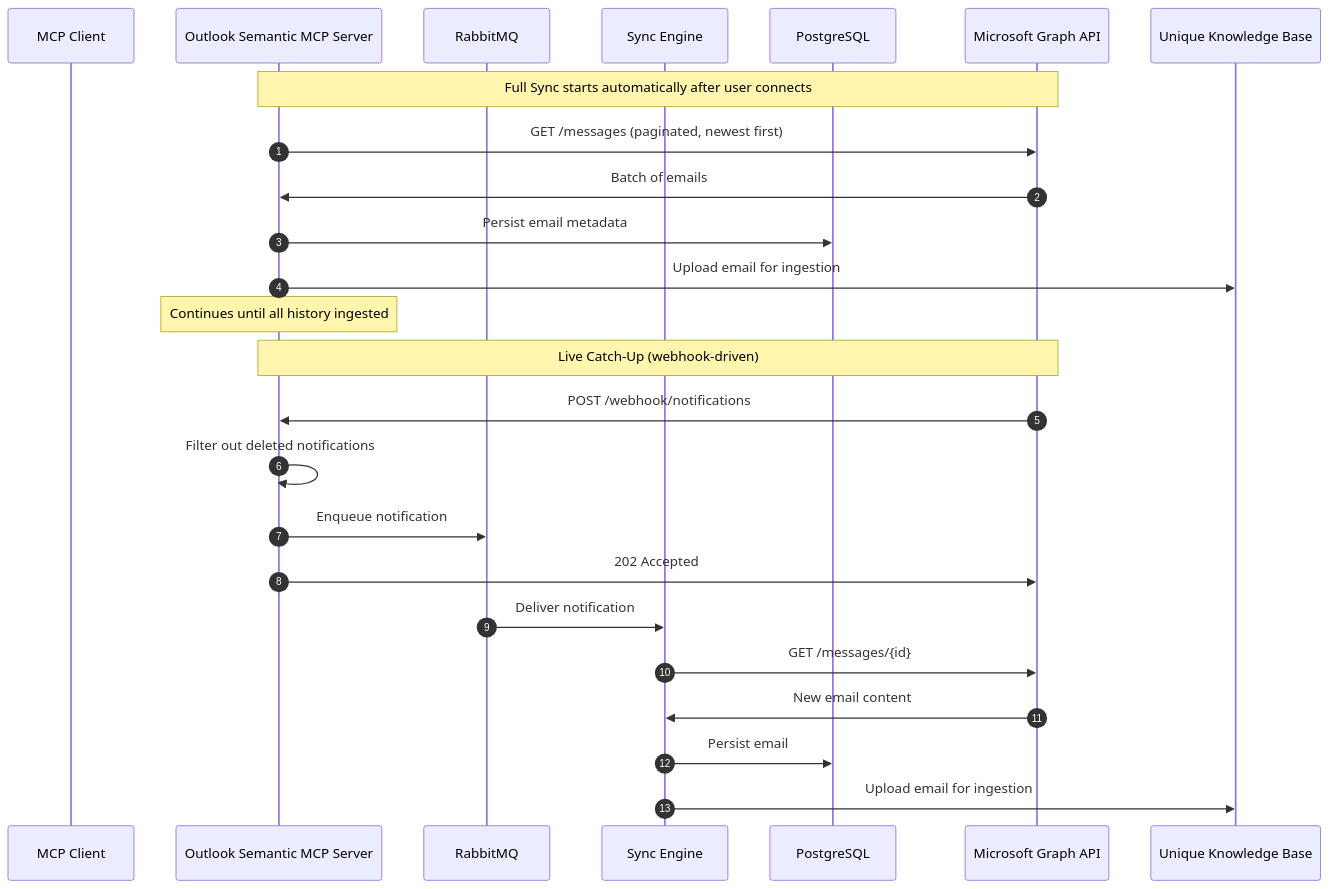
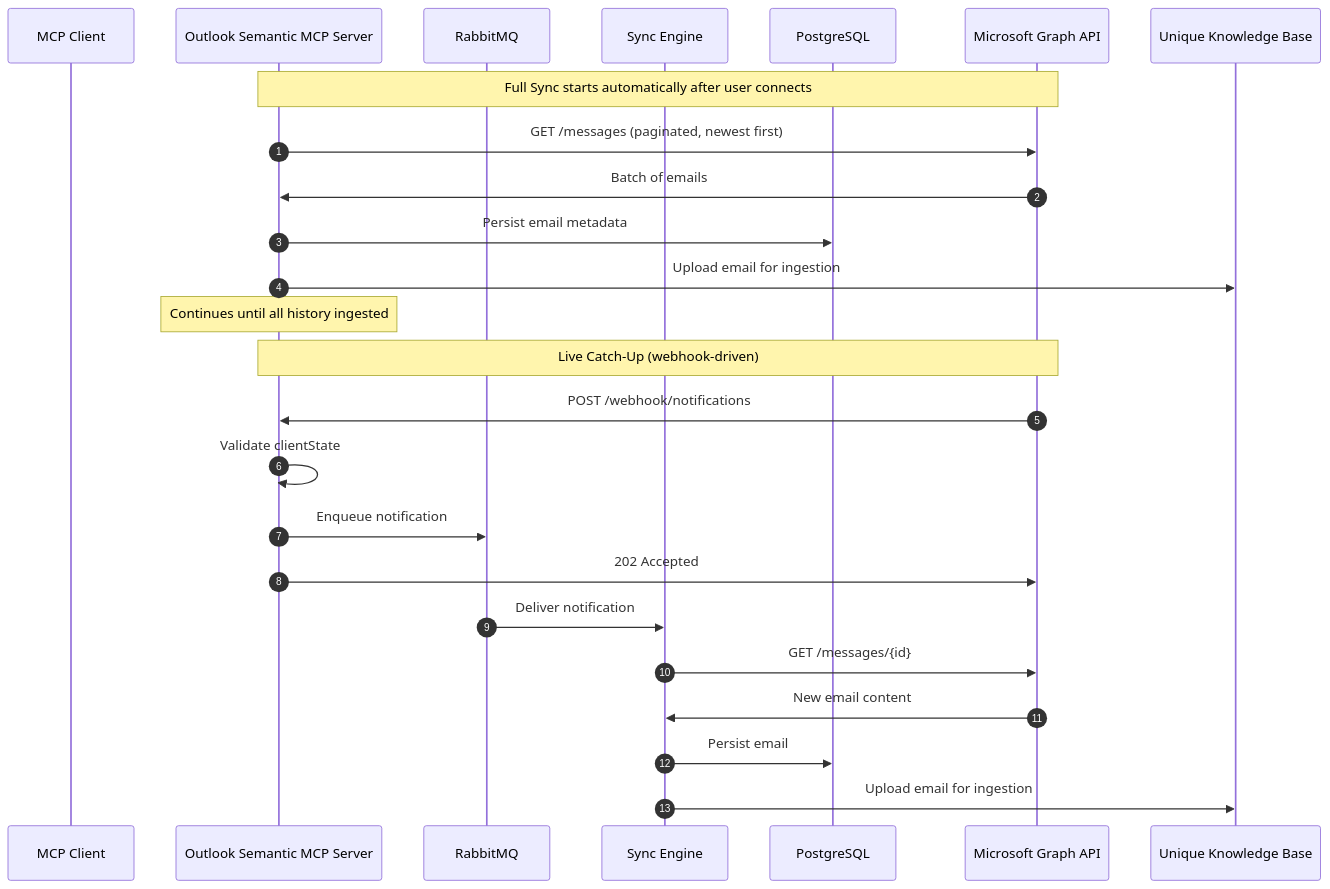
One commit to Unique-AG/connectors changed the third of 3 diagrams in services/outlook-semantic-mcp/docs/README.md. Above: the diagram before and after it, drawn with Mermaid. The commit also changed 3 other files, not shown here.

````diff
--- a/services/outlook-semantic-mcp/docs/README.md
+++ b/services/outlook-semantic-mcp/docs/README.md
@@ -208,29 +208,29 @@
 ```mermaid
 sequenceDiagram
     autonumber
     participant MCPClient as MCP Client
     participant OutlookMCP as Outlook Semantic MCP Server
     participant RabbitMQ as RabbitMQ
     participant SyncEngine as Sync Engine
     participant DB as PostgreSQL
     participant MSGraph as Microsoft Graph API
     participant UniqueKB as Unique Knowledge Base
 
     Note over OutlookMCP,MSGraph: Full Sync starts automatically after user connects
     OutlookMCP->>MSGraph: GET /messages (paginated, newest first)
     MSGraph->>OutlookMCP: Batch of emails
     OutlookMCP->>DB: Persist email metadata
     OutlookMCP->>UniqueKB: Upload email for ingestion
     Note over OutlookMCP: Continues until all history ingested
 
     Note over OutlookMCP,MSGraph: Live Catch-Up (webhook-driven)
     MSGraph->>OutlookMCP: POST /webhook/notifications
-    OutlookMCP->>OutlookMCP: Filter out deleted notifications
+    OutlookMCP->>OutlookMCP: Validate clientState
     OutlookMCP->>RabbitMQ: Enqueue notification
     OutlookMCP->>MSGraph: 202 Accepted
     RabbitMQ->>SyncEngine: Deliver notification
     SyncEngine->>MSGraph: GET /messages/{id}
     MSGraph->>SyncEngine: New email content
     SyncEngine->>DB: Persist email
     SyncEngine->>UniqueKB: Upload email for ingestion
 ```
````
